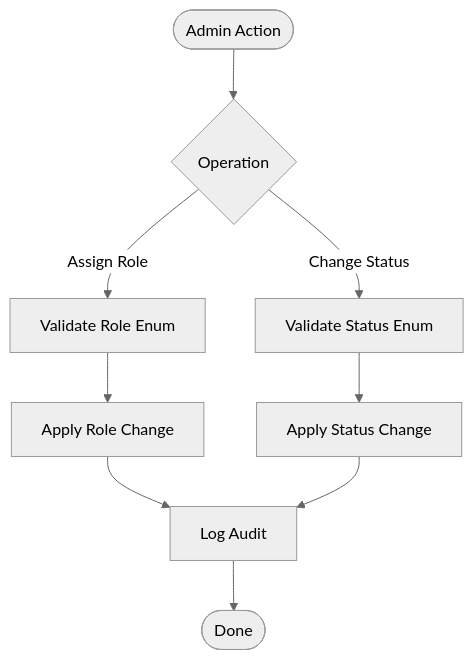
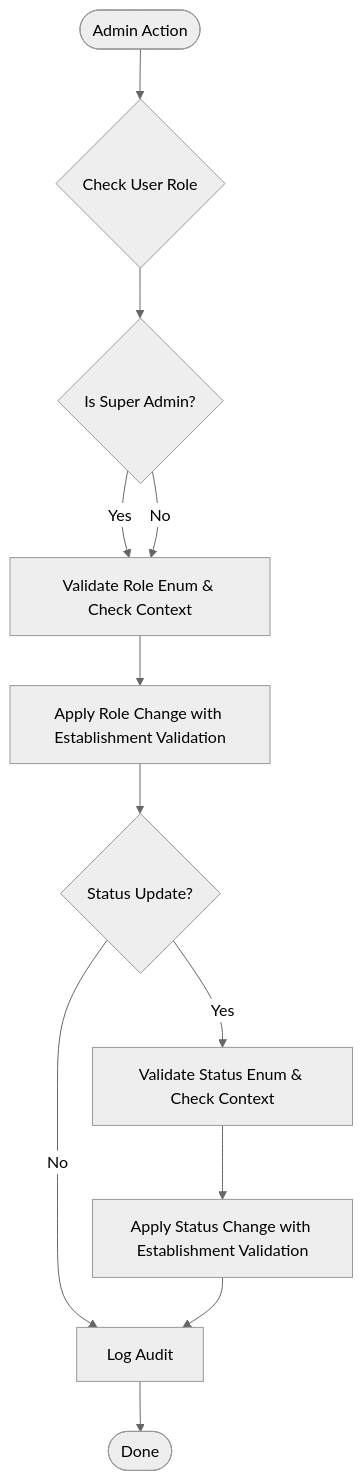
One commit to franckylab/eLISAschool changed the sixth of 7 diagrams in .qoder/repowiki/en/content/Backend API Documentation/User Management API.md. Above: the diagram before and after it, drawn with Mermaid (neutral theme). The commit also changed other lines of this file and 126 other files, not shown here.

````diff
--- a/.qoder/repowiki/en/content/Backend API Documentation/User Management API.md
+++ b/.qoder/repowiki/en/content/Backend API Documentation/User Management API.md
@@ -372,11 +487,14 @@
 ```mermaid
 flowchart TD
-Start(["Admin Action"]) --> SelectOp{"Operation"}
-SelectOp --> |Assign Role| ValidateRole["Validate Role Enum"]
-SelectOp --> |Change Status| ValidateStatus["Validate Status Enum"]
-ValidateRole --> ApplyRole["Apply Role Change"]
-ValidateStatus --> ApplyStatus["Apply Status Change"]
-ApplyRole --> LogAudit["Log Audit"]
-ApplyStatus --> LogAudit
+Start(["Admin Action"]) --> CheckRole{"Check User Role"}
+CheckRole --> IsSuper{"Is Super Admin?"}
+IsSuper --> |Yes| ValidateRole["Validate Role Enum & Override Context"]
+IsSuper --> |No| ValidateRole["Validate Role Enum & Check Context"]
+ValidateRole --> ApplyRole["Apply Role Change with Establishment Validation"]
+ApplyRole --> CheckStatus{"Status Update?"}
+CheckStatus --> |Yes| ValidateStatus["Validate Status Enum & Check Context"]
+CheckStatus --> |No| LogAudit["Log Audit"]
+ValidateStatus --> ApplyStatus["Apply Status Change with Establishment Validation"]
+ApplyStatus --> LogAudit["Log Audit"]
 LogAudit --> End(["Done"])
 ```
````
